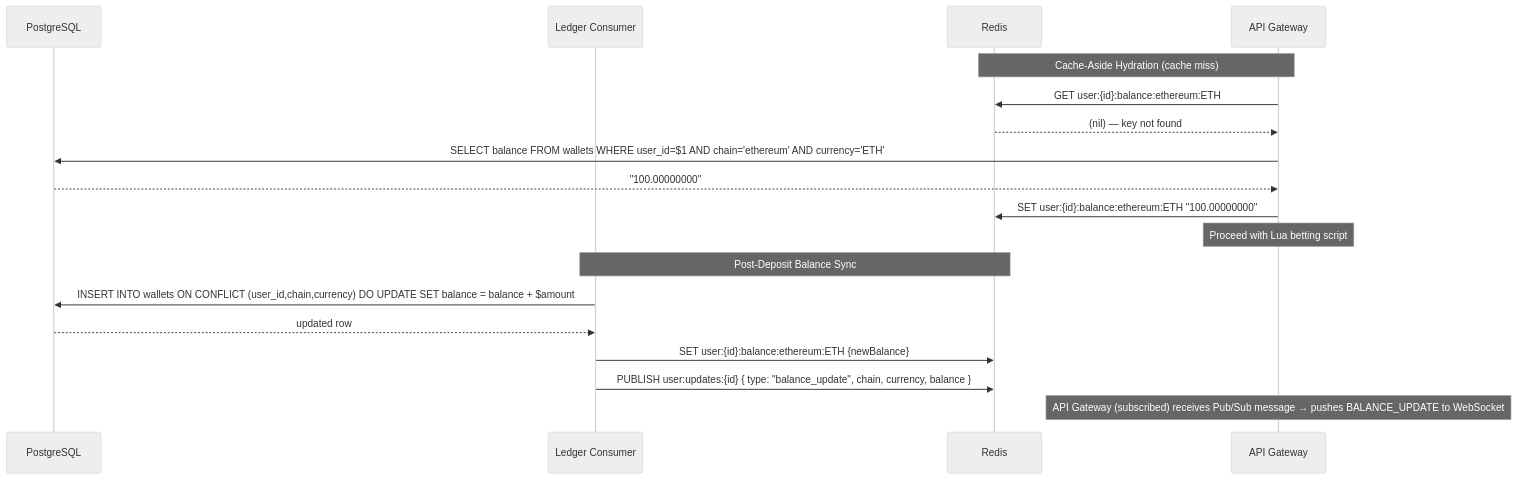
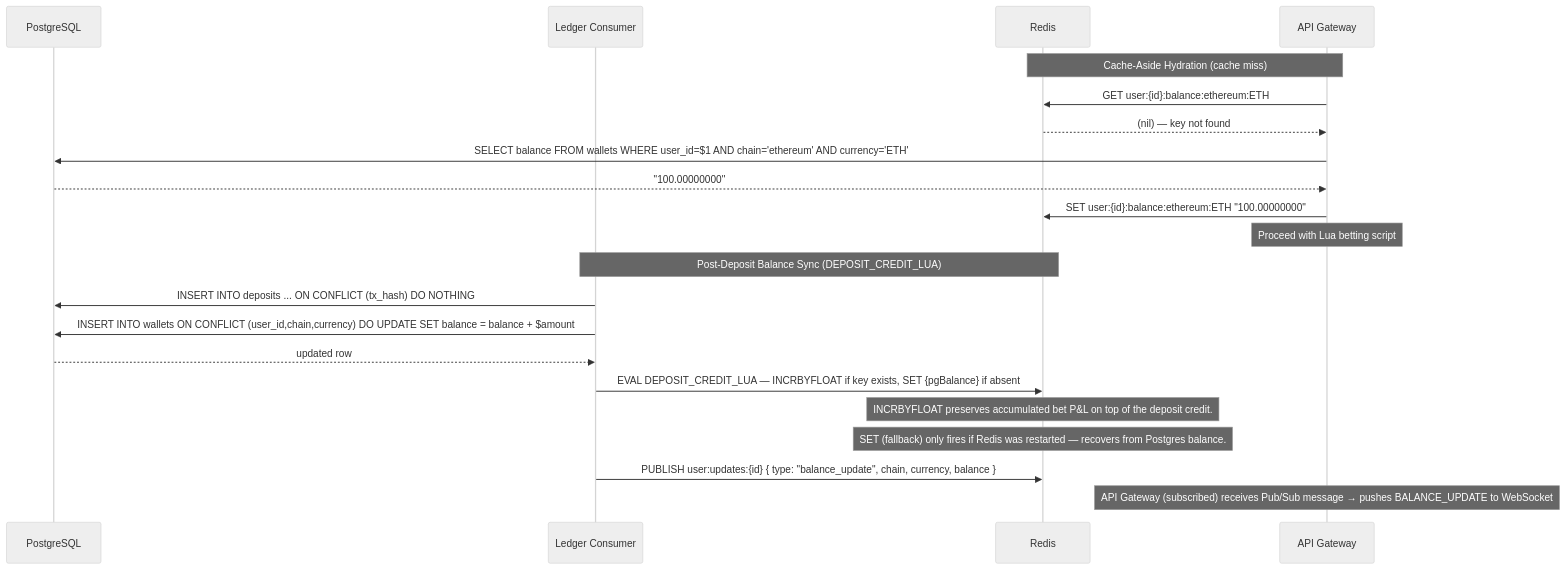
Before and after one commit to Fennzo/DiceTilt: the second of 3 diagrams in documentation/database-schema.md, drawn with Mermaid (neutral theme). The commit also changed other lines of this file and 93 other files, not shown here.

````diff
--- a/documentation/database-schema.md
+++ b/documentation/database-schema.md
@@ -328,22 +418,25 @@
 ```mermaid
 sequenceDiagram
     participant PG as PostgreSQL
     participant LC as Ledger Consumer
     participant Redis as Redis
     participant API as API Gateway
 
     Note over API, Redis: Cache-Aside Hydration (cache miss)
     API->>Redis: GET user:{id}:balance:ethereum:ETH
     Redis-->>API: (nil) — key not found
     API->>PG: SELECT balance FROM wallets WHERE user_id=$1 AND chain='ethereum' AND currency='ETH'
     PG-->>API: "100.00000000"
     API->>Redis: SET user:{id}:balance:ethereum:ETH "100.00000000"
     Note over API: Proceed with Lua betting script
 
-    Note over LC, Redis: Post-Deposit Balance Sync
+    Note over LC, Redis: Post-Deposit Balance Sync (DEPOSIT_CREDIT_LUA)
+    LC->>PG: INSERT INTO deposits ... ON CONFLICT (tx_hash) DO NOTHING
     LC->>PG: INSERT INTO wallets ON CONFLICT (user_id,chain,currency) DO UPDATE SET balance = balance + $amount
     PG-->>LC: updated row
-    LC->>Redis: SET user:{id}:balance:ethereum:ETH {newBalance}
+    LC->>Redis: EVAL DEPOSIT_CREDIT_LUA — INCRBYFLOAT if key exists, SET {pgBalance} if absent
+    Note over Redis: INCRBYFLOAT preserves accumulated bet P&L on top of the deposit credit.
+    Note over Redis: SET (fallback) only fires if Redis was restarted — recovers from Postgres balance.
     LC->>Redis: PUBLISH user:updates:{id} { type: "balance_update", chain, currency, balance }
     Note over API: API Gateway (subscribed) receives Pub/Sub message → pushes BALANCE_UPDATE to WebSocket
 ```
````
